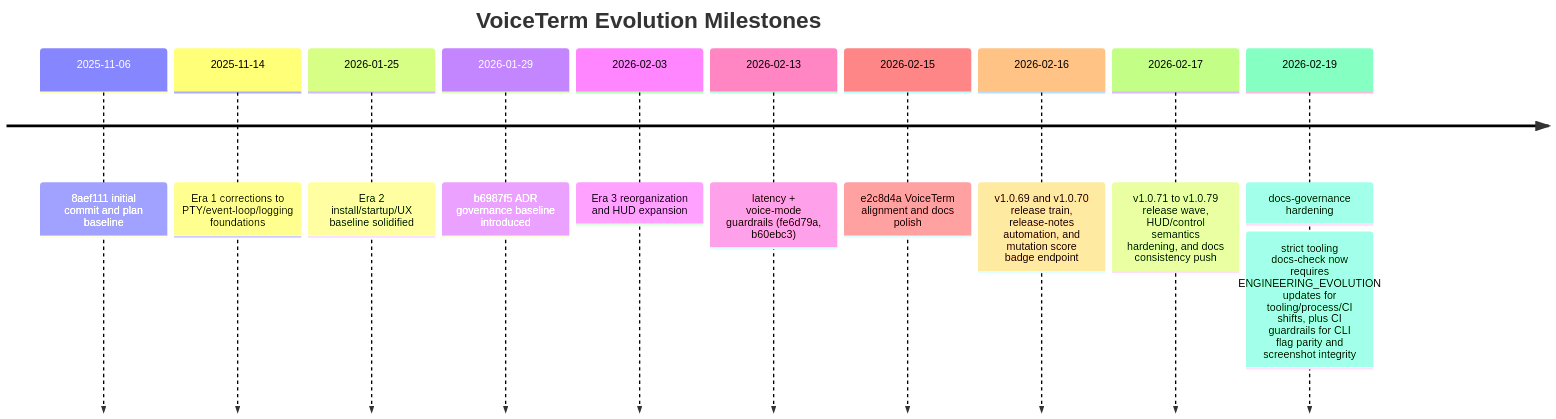
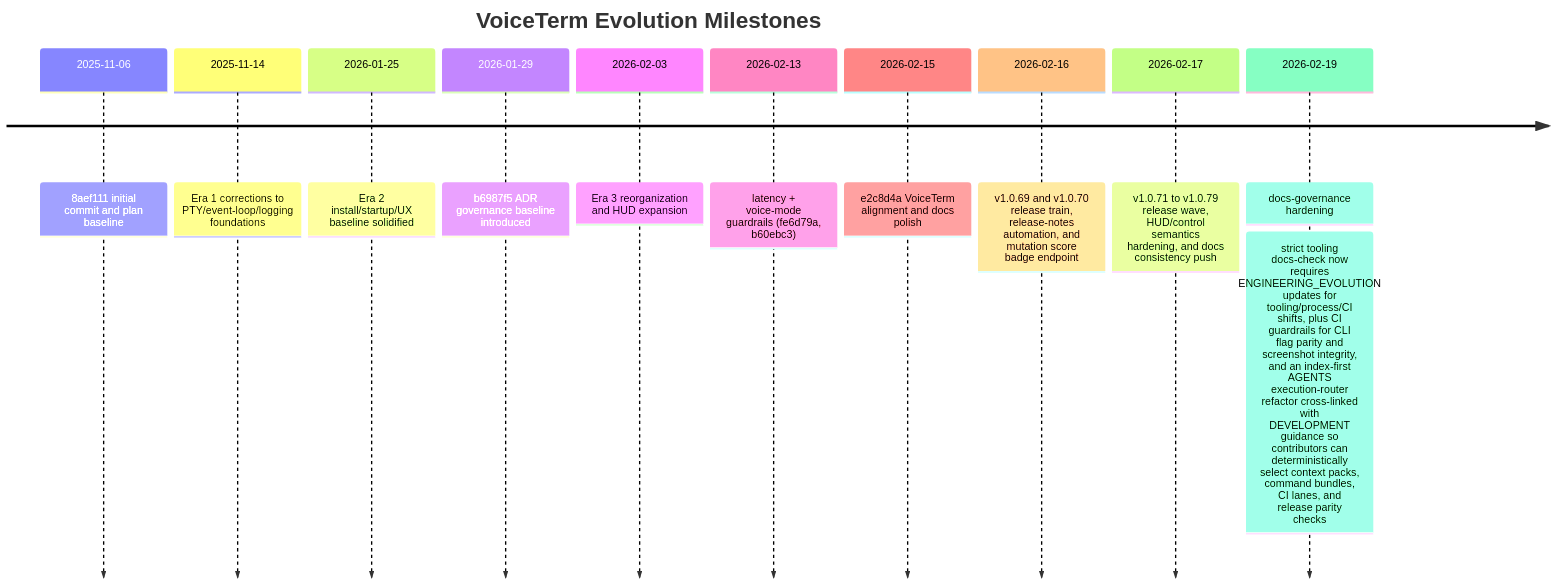
Before and after one commit to jguida941/voiceterm: the third of 5 diagrams in dev/history/ENGINEERING_EVOLUTION.md, drawn with Mermaid. The commit also changed other lines of this file and 39 other files, not shown here.

Commit message:
feat: add session memory flow and governance guards

````diff
--- a/dev/history/ENGINEERING_EVOLUTION.md
+++ b/dev/history/ENGINEERING_EVOLUTION.md
@@ -227,14 +227,14 @@
 ```mermaid
 timeline
   title VoiceTerm Evolution Milestones
   2025-11-06 : 8aef111 initial commit and plan baseline
   2025-11-14 : Era 1 corrections to PTY/event-loop/logging foundations
   2026-01-25 : Era 2 install/startup/UX baseline solidified
   2026-01-29 : b6987f5 ADR governance baseline introduced
   2026-02-03 : Era 3 reorganization and HUD expansion
   2026-02-13 : latency + voice-mode guardrails (fe6d79a, b60ebc3)
   2026-02-15 : e2c8d4a VoiceTerm alignment and docs polish
   2026-02-16 : v1.0.69 and v1.0.70 release train, release-notes automation, and mutation score badge endpoint
   2026-02-17 : v1.0.71 to v1.0.79 release wave, HUD/control semantics hardening, and docs consistency push
-  2026-02-19 : docs-governance hardening: strict tooling docs-check now requires ENGINEERING_EVOLUTION updates for tooling/process/CI shifts, plus CI guardrails for CLI flag parity and screenshot integrity
+  2026-02-19 : docs-governance hardening: strict tooling docs-check now requires ENGINEERING_EVOLUTION updates for tooling/process/CI shifts, plus CI guardrails for CLI flag parity and screenshot integrity, and an index-first AGENTS execution-router refactor cross-linked with DEVELOPMENT guidance so contributors can deterministically select context packs, command bundles, CI lanes, and release parity checks
 ```
````
